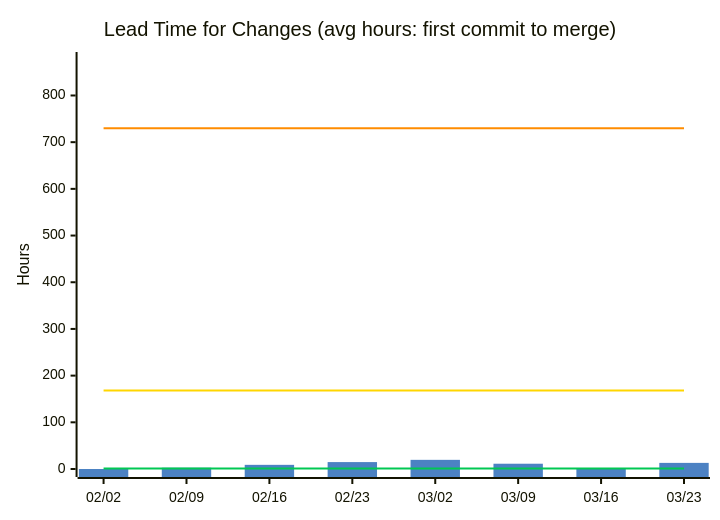
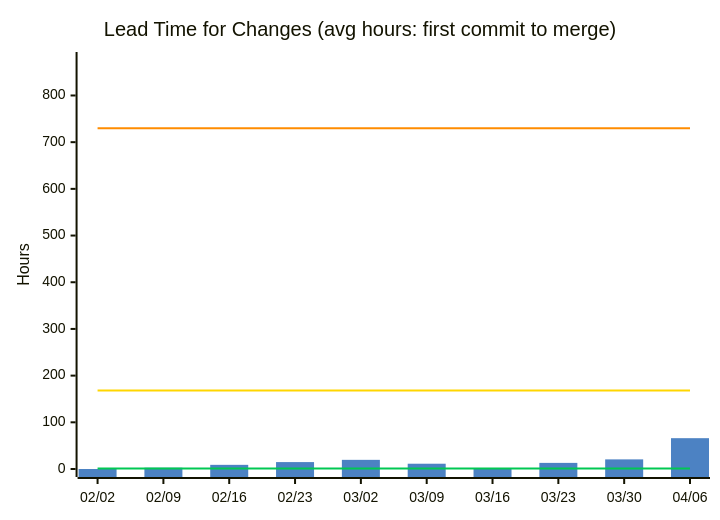
Before and after one commit to nablarch/nabledge-dev: the second of 14 diagrams in docs/metrics.md, drawn with Mermaid. The commit also changed other lines of this file and 2 other files, not shown here.

````diff
--- a/docs/metrics.md
+++ b/docs/metrics.md
@@ -49,11 +49,11 @@
 ```mermaid
 %%{init: {'theme': 'base', 'themeVariables': {'xyChart': {'plotColorPalette': '#4C82C3,#00C853,#FFD600,#FF8C00'}}}}%%
 xychart-beta
   title "Lead Time for Changes (avg hours: first commit to merge)"
-  x-axis ["02/02", "02/09", "02/16", "02/23", "03/02", "03/09", "03/16", "03/23"]
+  x-axis ["02/02", "02/09", "02/16", "02/23", "03/02", "03/09", "03/16", "03/23", "03/30", "04/06"]
   y-axis "Hours" 0 --> 876
-  bar [0, 2.7, 8.9, 14.8, 19.6, 11.3, 0, 13.1]
-  line [1, 1, 1, 1, 1, 1, 1, 1]
-  line [168, 168, 168, 168, 168, 168, 168, 168]
-  line [730, 730, 730, 730, 730, 730, 730, 730]
+  bar [0, 2.7, 8.9, 14.8, 19.6, 11.3, 0, 13.1, 20.6, 66]
+  line [1, 1, 1, 1, 1, 1, 1, 1, 1, 1]
+  line [168, 168, 168, 168, 168, 168, 168, 168, 168, 168]
+  line [730, 730, 730, 730, 730, 730, 730, 730, 730, 730]
 ```
````
